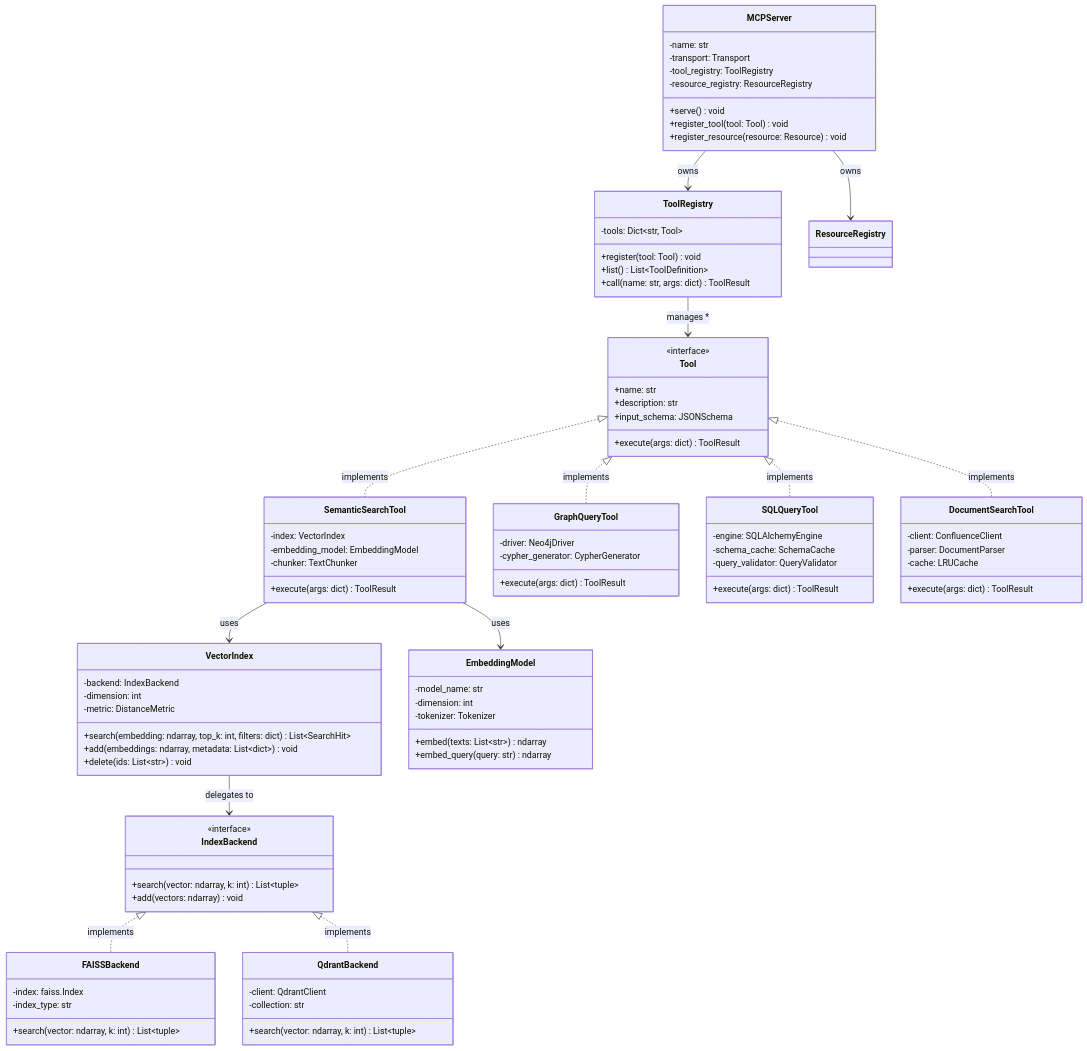
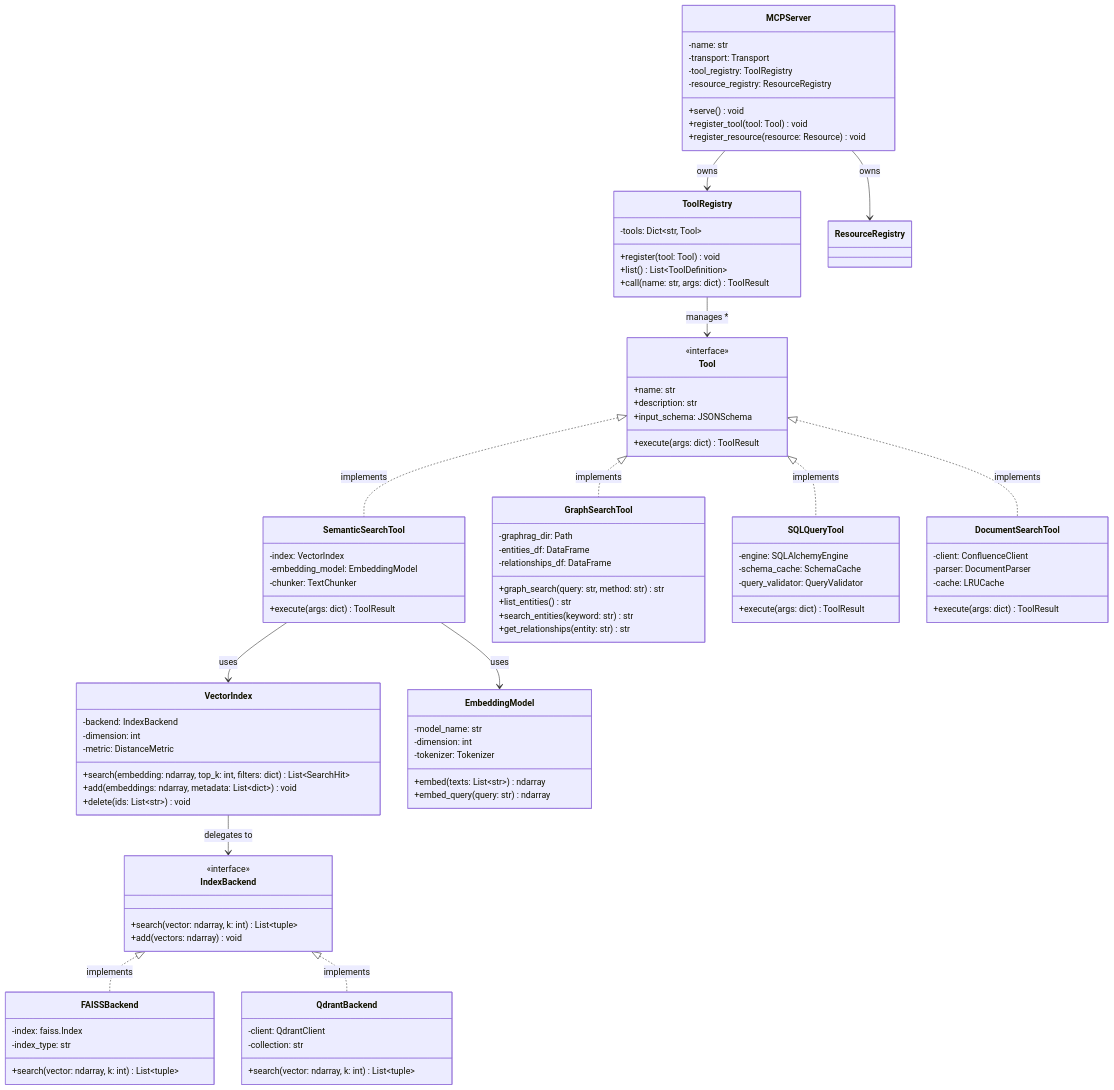
Before and after one commit to dimitarpg13/rag_architectures_and_concepts: the fifth of 9 diagrams in src/examples/langgraph/mcp_rag/mcp-distributed-rag-architecture.md, drawn with Mermaid. The commit also changed other lines of this file and 4 other files, not shown here.

Commit message:
update graphrag server workflow

```diff
--- a/src/examples/langgraph/mcp_rag/mcp-distributed-rag-architecture.md
+++ b/src/examples/langgraph/mcp_rag/mcp-distributed-rag-architecture.md
@@ -514,10 +514,14 @@
         +execute(args: dict) ToolResult
     }
 
-    class GraphQueryTool {
-        -driver: Neo4jDriver
-        -cypher_generator: CypherGenerator
-        +execute(args: dict) ToolResult
+    class GraphSearchTool {
+        -graphrag_dir: Path
+        -entities_df: DataFrame
+        -relationships_df: DataFrame
+        +graph_search(query: str, method: str) str
+        +list_entities() str
+        +search_entities(keyword: str) str
+        +get_relationships(entity: str) str
     }
 
     class SQLQueryTool {
@@ -574,7 +578,7 @@
     ToolRegistry --> Tool : manages *
 
     Tool <|.. SemanticSearchTool : implements
-    Tool <|.. GraphQueryTool : implements
+    Tool <|.. GraphSearchTool : implements
     Tool <|.. SQLQueryTool : implements
     Tool <|.. DocumentSearchTool : implements
 
```
